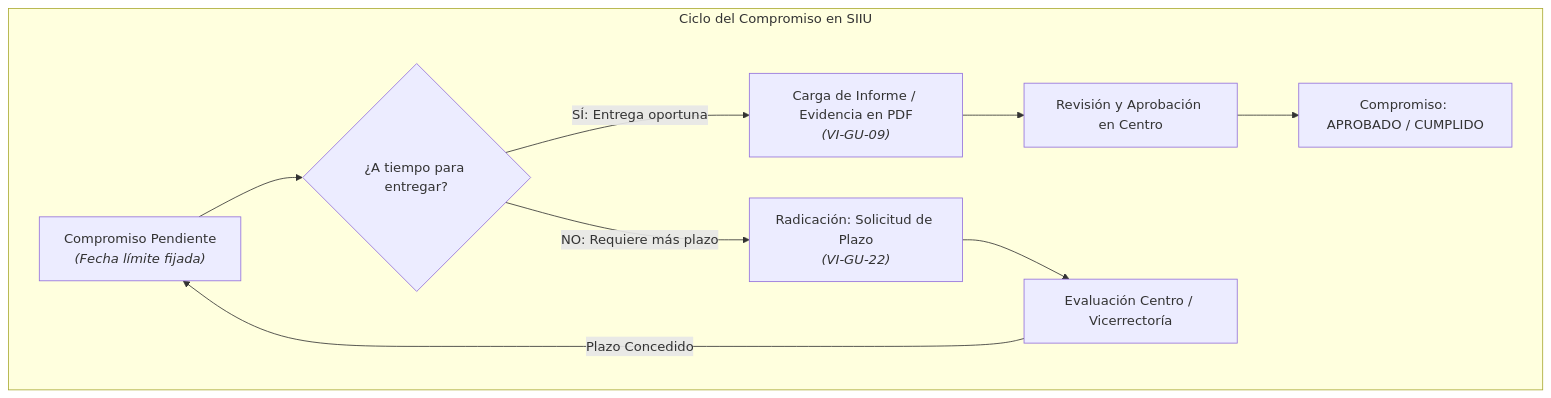
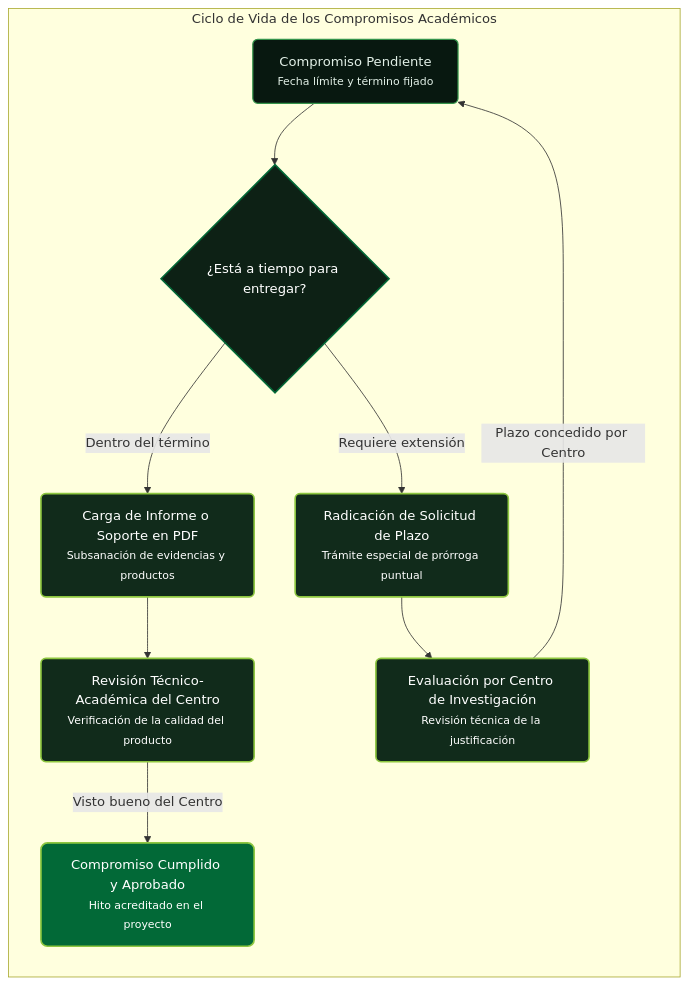
Before and after one commit to Colors-svg/Wiki: the diagram in docs/02_PROCESOS_CLAVE/Gestion_Compromisos.md, drawn with Mermaid. The commit also changed 79 other files, not shown here.

Commit message:
style: aplicar paleta institucional UdeA, animacion surrounding glow y diagramas modulares

````diff
--- a/docs/02_PROCESOS_CLAVE/Gestion_Compromisos.md
+++ b/docs/02_PROCESOS_CLAVE/Gestion_Compromisos.md
@@ -5,15 +5,31 @@
 ```mermaid
 flowchart TD
-    subgraph GESTION_COMPROMISOS["Ciclo del Compromiso en SIIU"]
-        A["Compromiso Pendiente<br><i>(Fecha límite fijada)</i>"] --> B{"¿A tiempo para entregar?"}
+    classDef estado fill:#081810,stroke:#35944B,stroke-width:1.5px,color:#E1EFE6,rx:6px,ry:6px;
+    classDef decision fill:#0D2115,stroke:#026937,stroke-width:2px,color:#FFFFFF,rx:6px,ry:6px;
+    classDef accion fill:#112B1B,stroke:#8DC63F,stroke-width:2px,color:#FFFFFF,rx:6px,ry:6px;
+    classDef final fill:#026937,stroke:#8DC63F,stroke-width:2px,color:#FFFFFF,rx:8px,ry:8px;
+
+    subgraph GESTION_COMPROMISOS ["Ciclo de Vida de los Compromisos Académicos"]
+        direction TB
+        A["Compromiso Pendiente<br><small>Fecha límite y término fijado</small>"]:::estado
+        D1{"¿Está a tiempo para entregar?"}:::decision
         
-        B -->|SÍ: Entrega oportuna| C["Carga de Informe / Evidencia en PDF<br><i>(VI-GU-09)</i>"]
-        B -->|NO: Requiere más plazo| D["Radicación: Solicitud de Plazo<br><i>(VI-GU-22)</i>"]
+        C["Carga de Informe o Soporte en PDF<br><small>Subsanación de evidencias y productos</small>"]:::accion
+        SOL_PLAZO["Radicación de Solicitud de Plazo<br><small>Trámite especial de prórroga puntual</small>"]:::accion
         
-        D --> E["Evaluación Centro / Vicerrectoría"]
-        E -->|Plazo Concedido| A
+        EVAL_CEN["Evaluación por Centro de Investigación<br><small>Revisión técnica de la justificación</small>"]:::accion
         
-        C --> F["Revisión y Aprobación en Centro"]
-        F --> G["Compromiso: APROBADO / CUMPLIDO"]
+        REV["Revisión Técnico-Académica del Centro<br><small>Verificación de la calidad del producto</small>"]:::accion
+        CUMP["Compromiso Cumplido y Aprobado<br><small>Hito acreditado en el proyecto</small>"]:::final
     end
+
+    A --> D1
+    D1 -->|Dentro del término| C
+    D1 -->|Requiere extensión| SOL_PLAZO
+    
+    SOL_PLAZO --> EVAL_CEN
+    EVAL_CEN -->|Plazo concedido por Centro| A
+    
+    C --> REV
+    REV -->|Visto bueno del Centro| CUMP
 ```
````
